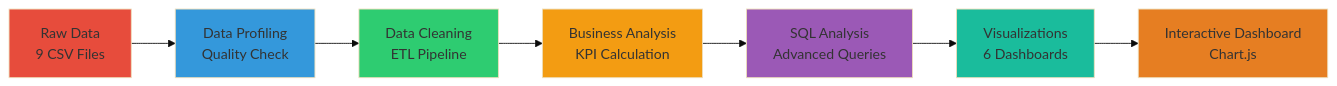
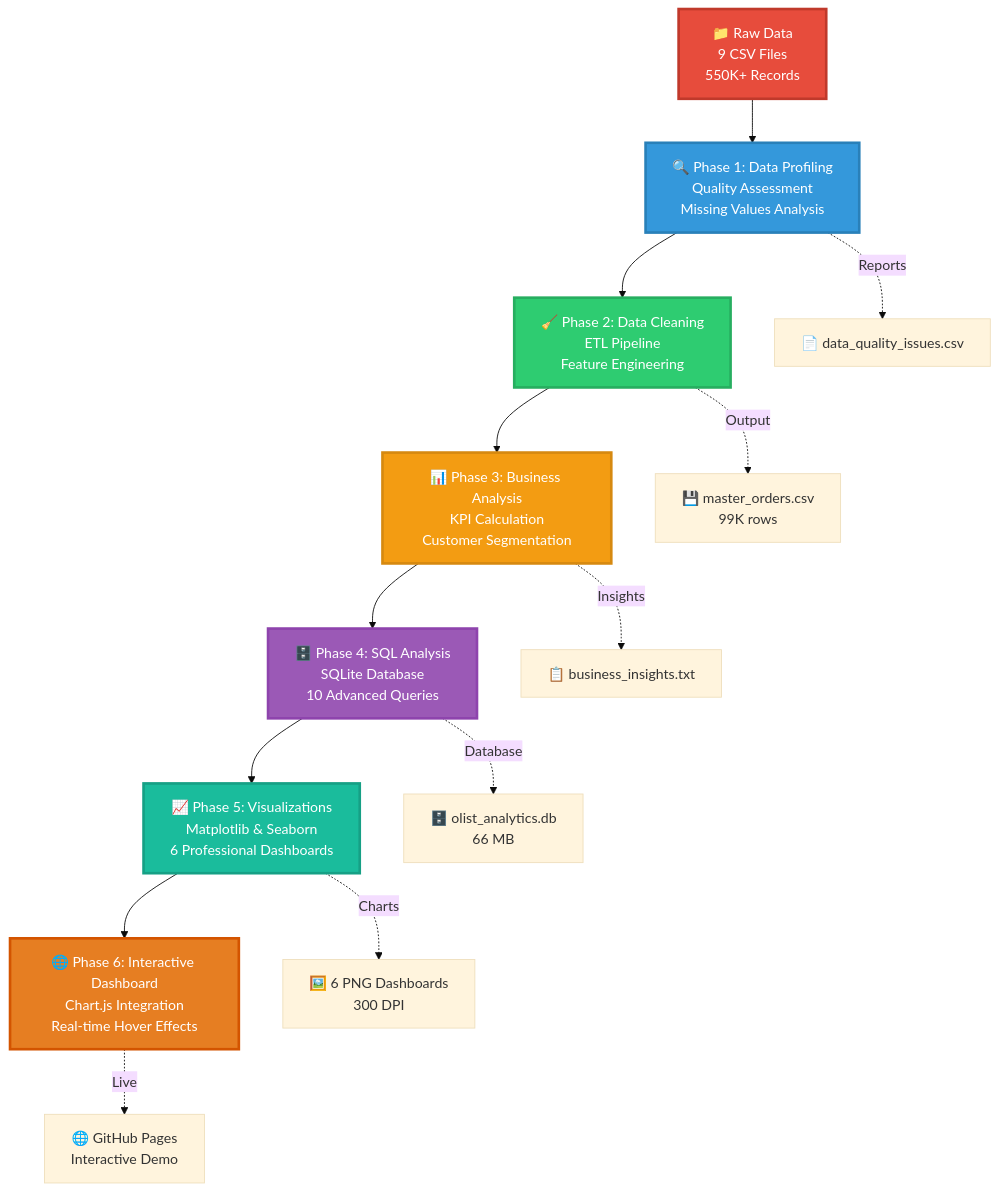
One commit to Ajinkya-Ghuge/Olist-E-Commerce-Marketplace-analysis changed the first of 4 diagrams in README.md. Above: the diagram before and after it, drawn with Mermaid (base theme). The commit also changed other lines of this file, not shown here.

Commit message:
Enhanced README with Mermaid charts, progress bars, and visual demo sections

````diff
--- a/README.md
+++ b/README.md
@@ -292,17 +343,24 @@
 ```mermaid
-graph LR
-    A[Raw Data<br/>9 CSV Files] --> B[Data Profiling<br/>Quality Check]
-    B --> C[Data Cleaning<br/>ETL Pipeline]
-    C --> D[Business Analysis<br/>KPI Calculation]
-    D --> E[SQL Analysis<br/>Advanced Queries]
-    E --> F[Visualizations<br/>6 Dashboards]
-    F --> G[Interactive Dashboard<br/>Chart.js]
+graph TB
+    A[📁 Raw Data<br/>9 CSV Files<br/>550K+ Records] --> B[🔍 Phase 1: Data Profiling<br/>Quality Assessment<br/>Missing Values Analysis]
+    B --> C[🧹 Phase 2: Data Cleaning<br/>ETL Pipeline<br/>Feature Engineering]
+    C --> D[📊 Phase 3: Business Analysis<br/>KPI Calculation<br/>Customer Segmentation]
+    D --> E[🗄️ Phase 4: SQL Analysis<br/>SQLite Database<br/>10 Advanced Queries]
+    E --> F[📈 Phase 5: Visualizations<br/>Matplotlib & Seaborn<br/>6 Professional Dashboards]
+    F --> G[🌐 Phase 6: Interactive Dashboard<br/>Chart.js Integration<br/>Real-time Hover Effects]
     
-    style A fill:#e74c3c
-    style B fill:#3498db
-    style C fill:#2ecc71
-    style D fill:#f39c12
-    style E fill:#9b59b6
-    style F fill:#1abc9c
-    style G fill:#e67e22
+    B -.->|Reports| H[📄 data_quality_issues.csv]
+    C -.->|Output| I[💾 master_orders.csv<br/>99K rows]
+    D -.->|Insights| J[📋 business_insights.txt]
+    E -.->|Database| K[🗄️ olist_analytics.db<br/>66 MB]
+    F -.->|Charts| L[🖼️ 6 PNG Dashboards<br/>300 DPI]
+    G -.->|Live| M[🌐 GitHub Pages<br/>Interactive Demo]
+    
+    style A fill:#e74c3c,stroke:#c0392b,stroke-width:3px,color:#fff
+    style B fill:#3498db,stroke:#2980b9,stroke-width:3px,color:#fff
+    style C fill:#2ecc71,stroke:#27ae60,stroke-width:3px,color:#fff
+    style D fill:#f39c12,stroke:#d68910,stroke-width:3px,color:#fff
+    style E fill:#9b59b6,stroke:#8e44ad,stroke-width:3px,color:#fff
+    style F fill:#1abc9c,stroke:#16a085,stroke-width:3px,color:#fff
+    style G fill:#e67e22,stroke:#d35400,stroke-width:3px,color:#fff
 ```
````
